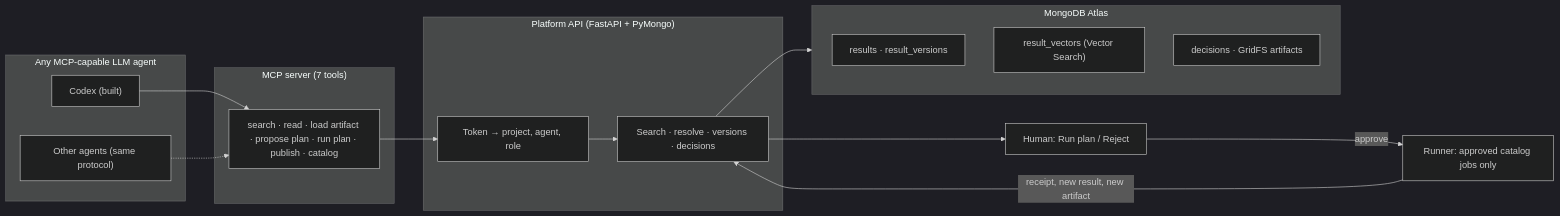
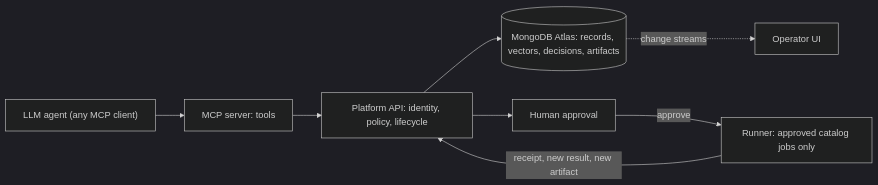
The diagram in JUDGE-ARCHITECTURE.md (SalmaRoshdy-YG/Hackathon-project), drawn with Mermaid (dark theme) before and after one commit. The commit also changed other lines of this file, not shown here.

Commit message:
Make the architecture guide agent-agnostic and storage-agnostic

````diff
--- a/JUDGE-ARCHITECTURE.md
+++ b/JUDGE-ARCHITECTURE.md
@@ -9,28 +9,10 @@
 ```mermaid
 flowchart LR
-    subgraph Agents["Any MCP-capable LLM agent"]
-        A1["Codex (built)"]
-        A2["Other agents (same protocol)"]
-    end
-    subgraph MCP["MCP server (7 tools)"]
-        M["search · read · load artifact · propose plan · run plan · publish · catalog"]
-    end
-    subgraph API["Platform API (FastAPI + PyMongo)"]
-        T["Token → project, agent, role"]
-        R["Search · resolve · versions · decisions"]
-    end
-    subgraph Atlas["MongoDB Atlas"]
-        C1["results · result_versions"]
-        C2["result_vectors (Vector Search)"]
-        C3["decisions · GridFS artifacts"]
-    end
-    H["Human: Run plan / Reject"]
-    X["Runner: approved catalog jobs only"]
-
-    A1 --> M
-    A2 -.-> M
-    M --> T --> R --> Atlas
-    R --> H
-    H -->|approve| X
-    X -->|receipt, new result, new artifact| R
+    Agent["LLM agent (any MCP client)"] --> MCP["MCP server: tools"]
+    MCP --> API["Platform API: identity, policy, lifecycle"]
+    API --> Store[("MongoDB Atlas: records, vectors, decisions, artifacts")]
+    API --> Human["Human approval"]
+    Human -->|approve| Runner["Runner: approved catalog jobs only"]
+    Runner -->|receipt, new result, new artifact| API
+    Store -.->|change streams| UI["Operator UI"]
 ```
````
